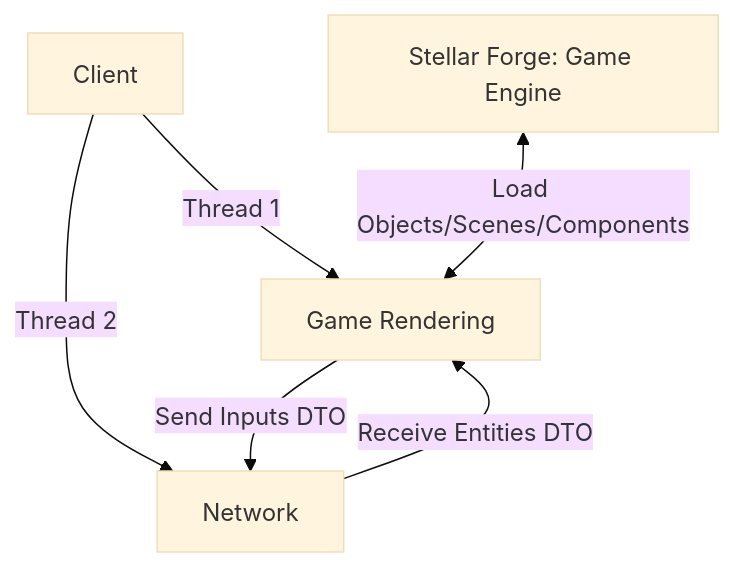
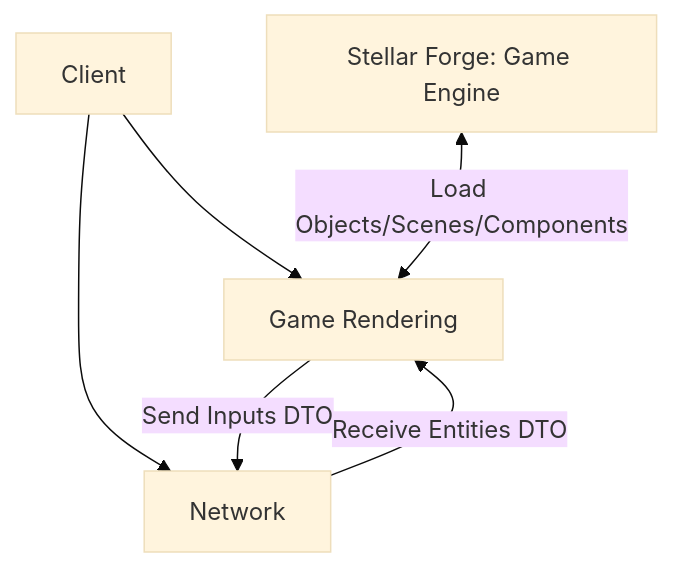
The second of 3 diagrams in documentation/developers/about.md (epitech-mirroring/R-Type), drawn with Mermaid (base theme) before and after one commit. The commit also changed 1 other file, not shown here.

Commit message:
:memo: Add documentation about the server for developers

````diff
--- a/documentation/developers/about.md
+++ b/documentation/developers/about.md
@@ -43,9 +43,9 @@
 ```mermaid
 flowchart TD
-    A[Client]
-    A -->|Thread 1| D[Game Rendering]
-    C[Stellar Forge: Game Engine] <--> |Load Objects/Scenes/Components| D
-    A -->|Thread 2| E[Network]
-    E -->|Receive Entities DTO| D  
-    D -->|Send Inputs DTO| E
+    client[Client]
+    client --> game_rendering[Game Rendering]
+    stellar_forge[Stellar Forge: Game Engine] <--> |Load Objects/Scenes/Components| game_rendering
+    client --> network[Network]
+    network -->|Receive Entities DTO| game_rendering  
+    game_rendering -->|Send Inputs DTO| network
 ```
````
